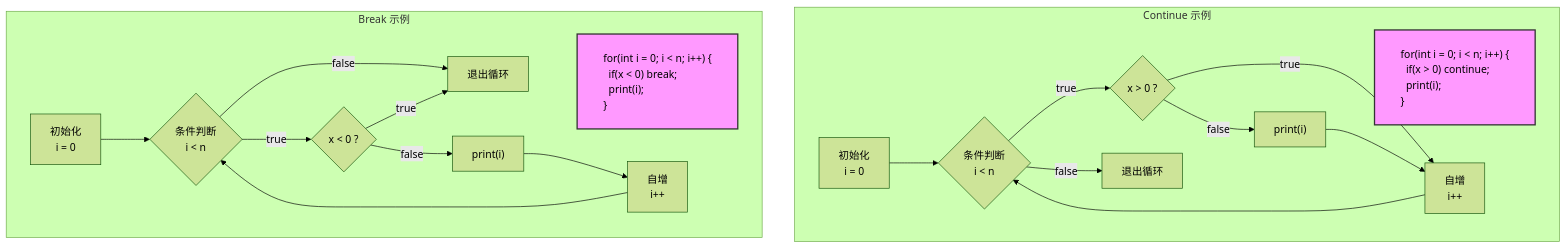
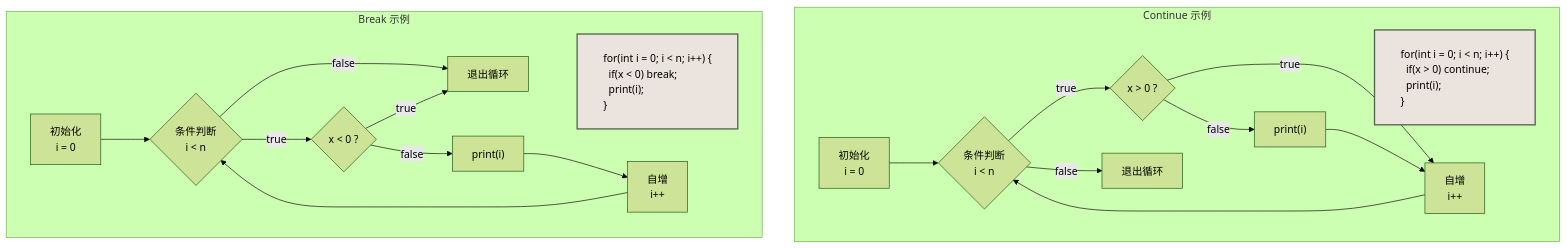
Before and after one commit to yaklang/ssa.to: diagram 12 of 18 in static-analysis-guide/compile-ssa-form.mdx, drawn with Mermaid (forest theme). The commit also changed other lines of this file and 91 other files, not shown here.

````diff
--- a/static-analysis-guide/compile-ssa-form.mdx
+++ b/static-analysis-guide/compile-ssa-form.mdx
@@ -802,37 +786,37 @@
 ```mermaid
   graph TD
   subgraph "Continue 示例"
       A1["<div style='text-align: left; padding: 10px; white-space: pre;'>for(int i = 0; i < n; i++) {
   if(x > 0) continue;
   print(i);
 }</div>"]:::code
       
       B1[初始化<br/>i = 0] --> C1{条件判断<br/>i < n}
       C1 -->|true| D1{"x > 0 ?"}
       C1 -->|false| E1[退出循环]
       D1 -->|true| F1[自增<br/>i++]
       D1 -->|false| G1["print(i)"]
       G1 --> F1
       F1 --> C1
   end
 
   subgraph "Break 示例"
       A2["<div style='text-align: left; padding: 10px; white-space: pre;'>for(int i = 0; i < n; i++) {
   if(x < 0) break;
   print(i);
 }</div>"]:::code
       
       B2[初始化<br/>i = 0] --> C2{条件判断<br/>i < n}
       C2 -->|true| D2{"x < 0 ?"}
       C2 -->|false| E2[退出循环]
       D2 -->|true| E2
       D2 -->|false| G2["print(i)"]
       G2 --> F2[自增<br/>i++]
       F2 --> C2
   end
 
   %% 增加节点间的间距
   linkStyle default interpolate basis
 
-  classDef code fill:#f9f,stroke:#333,stroke-width:2px;
+  classDef code fill:#ebe3dd,stroke:#52604c,stroke-width:2px;
 ```
````
